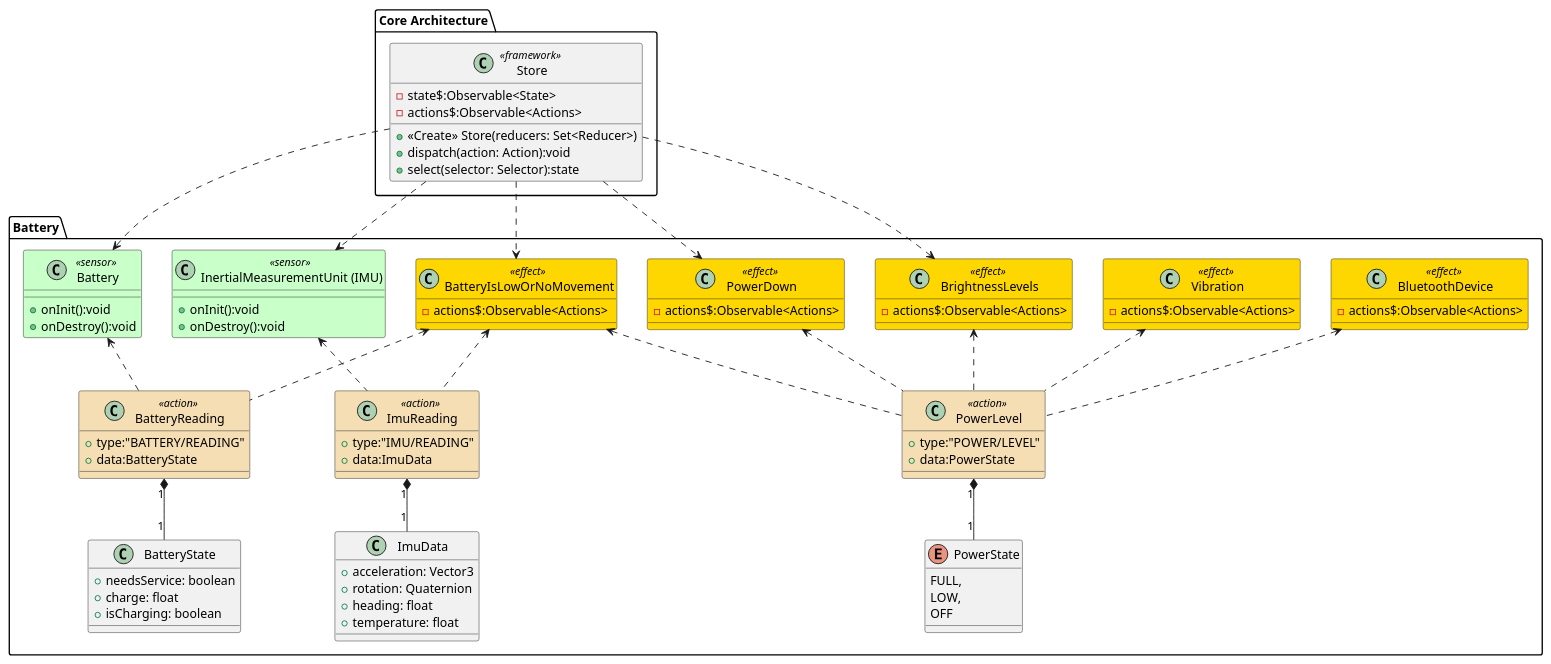
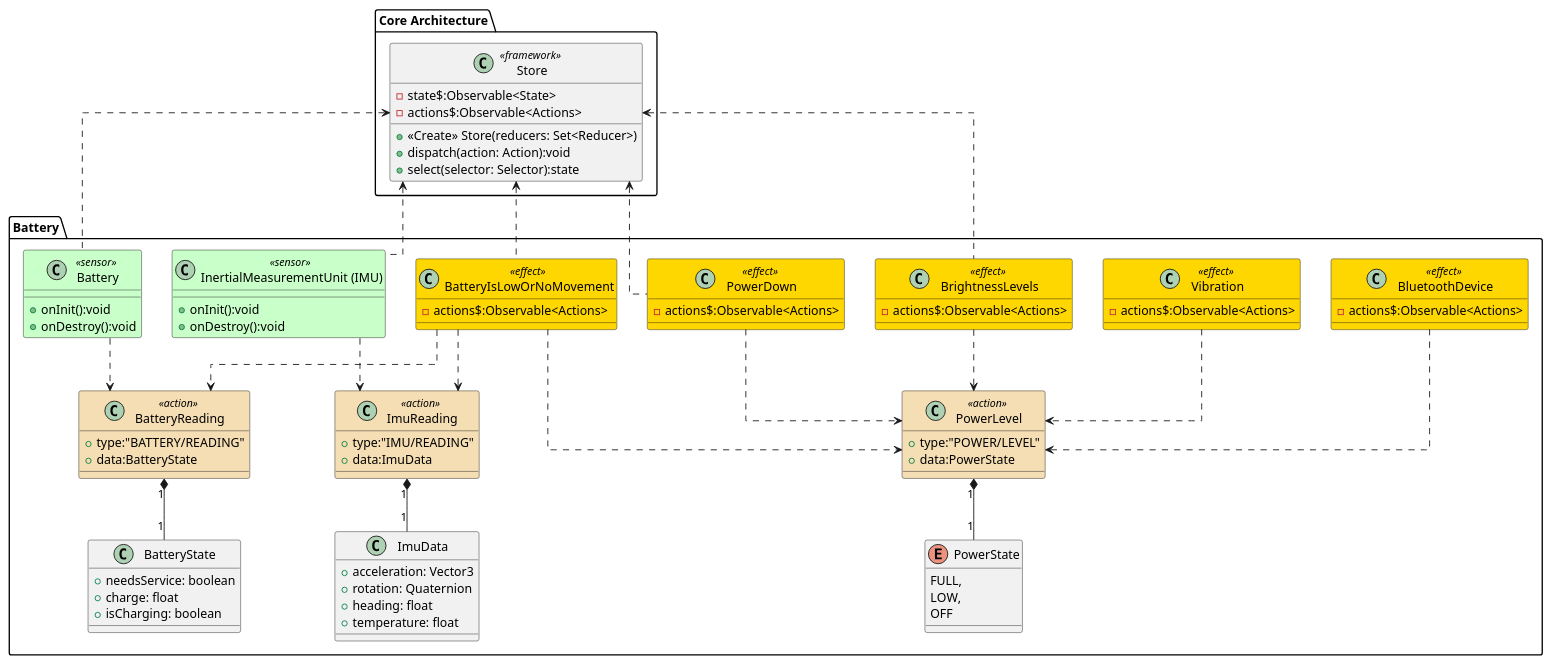
Before and after one commit to markroche92/sw-eng-smart-watch: the diagram in class_diagrams/power_levels.md, drawn with PlantUML. The commit also changed other lines of this file, not shown here.

Commit message:
updated power management for styles and relations

````diff
--- a/class_diagrams/power_levels.md
+++ b/class_diagrams/power_levels.md
@@ -9,6 +9,7 @@
 ```plantuml
 @startuml
 set namespaceSeparator ::
+skinparam linetype ortho
 skinparam shadowing false
 skinparam class {
     BackgroundColor<<reducer>> HoneyDew
@@ -97,28 +98,28 @@
 '=========== links
 
 "Battery:: ImuReading" "1"*--"1" "Battery:: ImuData"
-"Battery:: InertialMeasurementUnit (IMU)" <.. "Battery:: ImuReading"
-"Battery:: BatteryIsLowOrNoMovement" <.. "Battery:: ImuReading"
+"Battery:: InertialMeasurementUnit (IMU)" ..> "Battery:: ImuReading"
+"Battery:: BatteryIsLowOrNoMovement" ..> "Battery:: ImuReading"
 
 "Battery:: BatteryReading" "1"*--"1" "Battery:: BatteryState"
-"Battery:: Battery" <.. "Battery:: BatteryReading"
-"Battery:: BatteryIsLowOrNoMovement" <.. "Battery:: BatteryReading"
+"Battery:: Battery" ..> "Battery:: BatteryReading"
+"Battery:: BatteryIsLowOrNoMovement" ..> "Battery:: BatteryReading"
 
 
 
 "Battery:: PowerLevel" "1"*--"1" "Battery:: PowerState"
-"Battery:: BatteryIsLowOrNoMovement" <.. "Battery:: PowerLevel"
-"Battery:: PowerDown" <.. "Battery:: PowerLevel"
-"Battery:: BrightnessLevels" <.. "Battery:: PowerLevel"
-"Battery:: BluetoothDevice" <.. "Battery:: PowerLevel"
-"Battery:: Vibration" <.. "Battery:: PowerLevel"
+"Battery:: BatteryIsLowOrNoMovement" ..> "Battery:: PowerLevel"
+"Battery:: PowerDown" ..> "Battery:: PowerLevel"
+"Battery:: BrightnessLevels" ..> "Battery:: PowerLevel"
+"Battery:: BluetoothDevice" ..> "Battery:: PowerLevel"
+"Battery:: Vibration" ..> "Battery:: PowerLevel"
 
 
-"Core Architecture:: Store" ..> "Battery:: Battery"
-"Core Architecture:: Store" ..> "Battery:: InertialMeasurementUnit (IMU)"
-"Core Architecture:: Store" ..> "Battery:: BatteryIsLowOrNoMovement"
-"Core Architecture:: Store" ..> "Battery:: PowerDown"
-"Core Architecture:: Store" ..> "Battery:: BrightnessLevels"
+"Core Architecture:: Store" <.. "Battery:: Battery"
+"Core Architecture:: Store" <.. "Battery:: InertialMeasurementUnit (IMU)"
+"Core Architecture:: Store" <.. "Battery:: BatteryIsLowOrNoMovement"
+"Core Architecture:: Store" <.. "Battery:: PowerDown"
+"Core Architecture:: Store" <.. "Battery:: BrightnessLevels"
 
 @enduml
 ```
````
